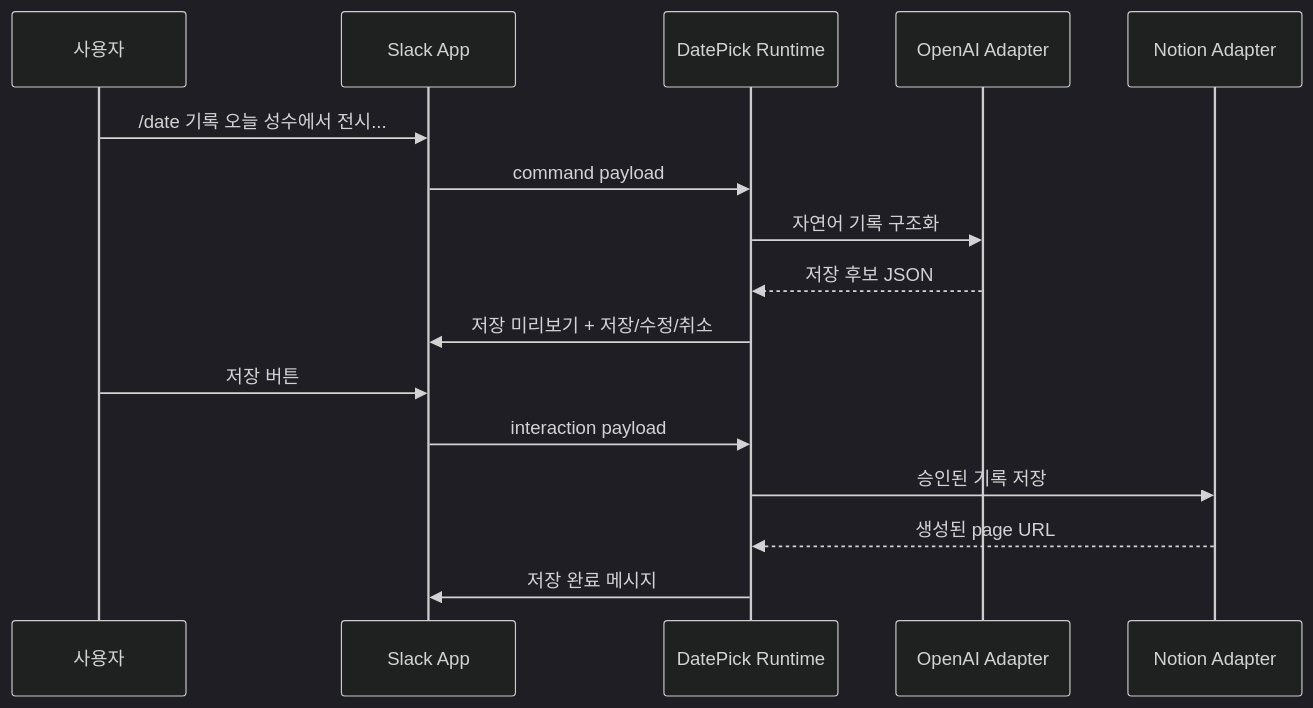
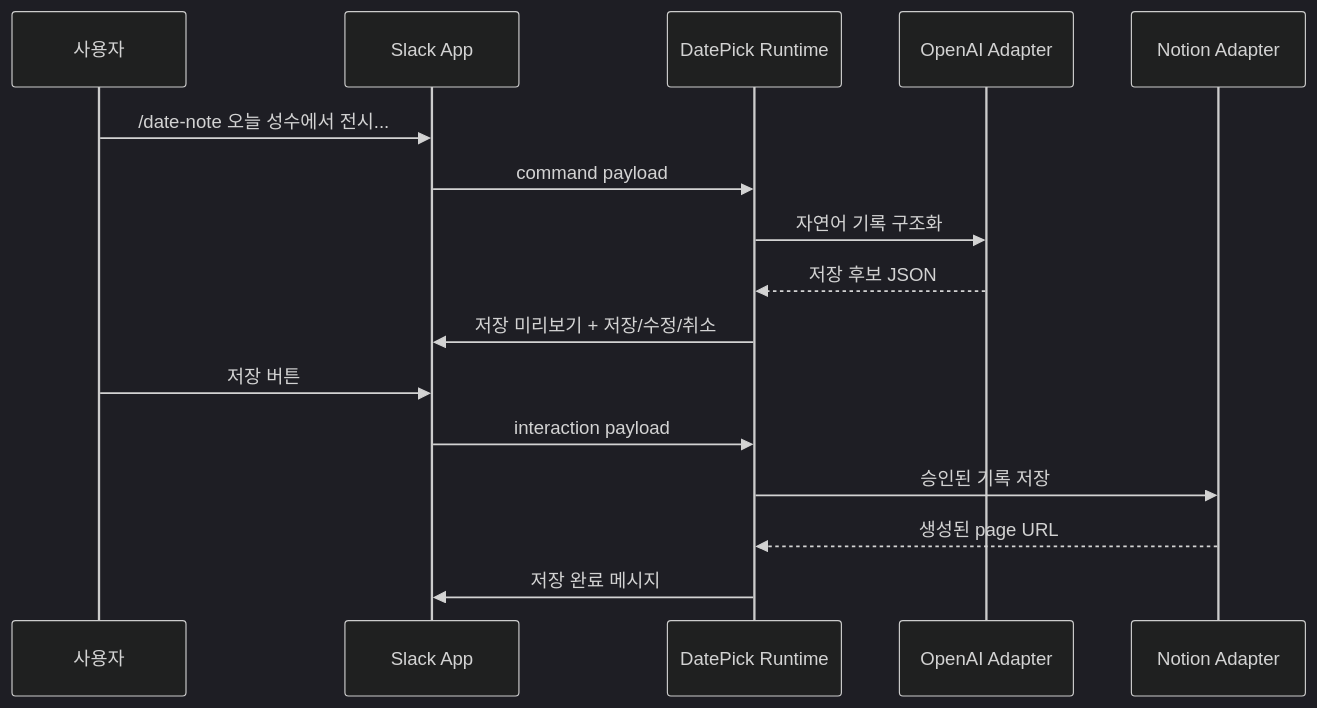
One commit to jjj5306/date-pick changed the second of 3 diagrams in docs/001-데이트봇-mvp/architecture.md. Above: the diagram before and after it, drawn with Mermaid (dark theme). The commit also changed other lines of this file and 10 other files, not shown here.

````diff
--- a/docs/001-데이트봇-mvp/architecture.md
+++ b/docs/001-데이트봇-mvp/architecture.md
@@ -145,19 +145,19 @@
 ```mermaid
 sequenceDiagram
     participant User as 사용자
     participant Slack as Slack App
     participant App as DatePick Runtime
     participant OpenAI as OpenAI Adapter
     participant Notion as Notion Adapter
 
-    User->>Slack: /date 기록 오늘 성수에서 전시...
+    User->>Slack: /date-note 오늘 성수에서 전시...
     Slack->>App: command payload
     App->>OpenAI: 자연어 기록 구조화
     OpenAI-->>App: 저장 후보 JSON
     App->>Slack: 저장 미리보기 + 저장/수정/취소
     User->>Slack: 저장 버튼
     Slack->>App: interaction payload
     App->>Notion: 승인된 기록 저장
     Notion-->>App: 생성된 page URL
     App->>Slack: 저장 완료 메시지
 ```
````
